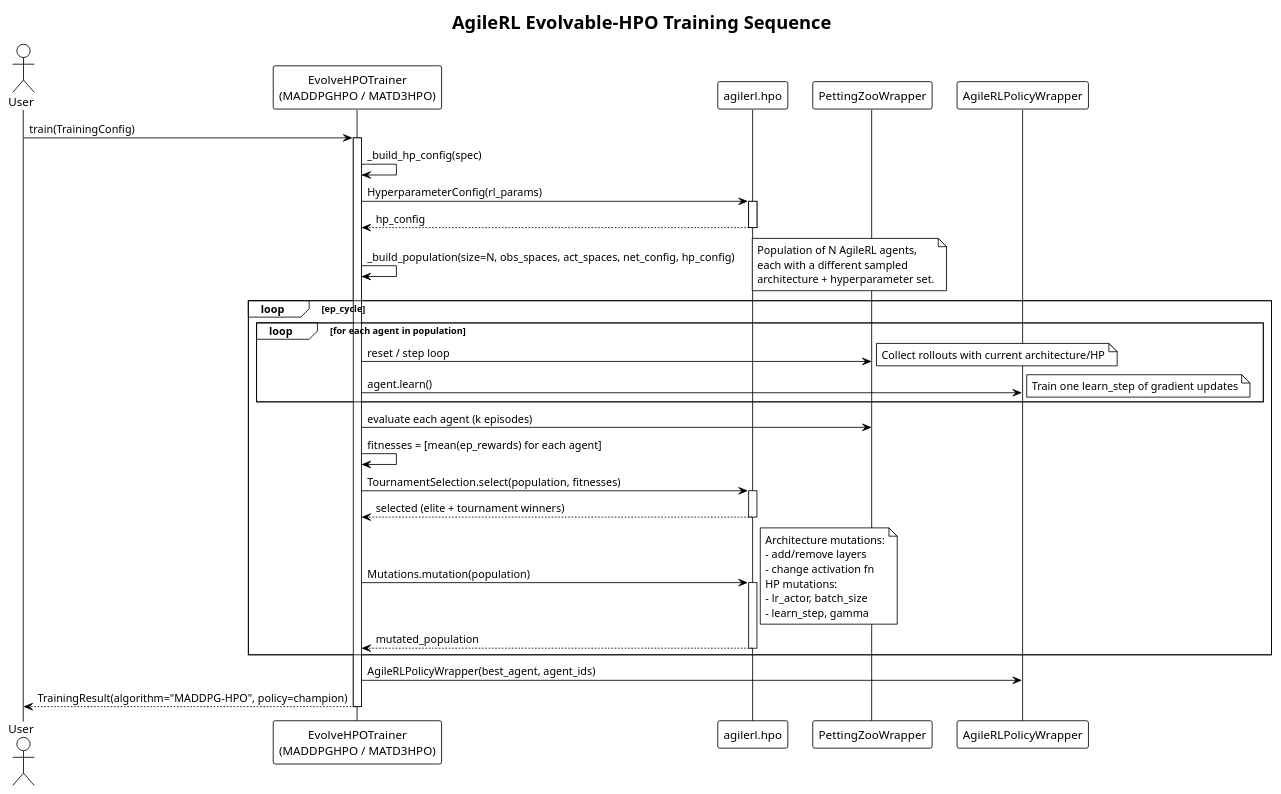
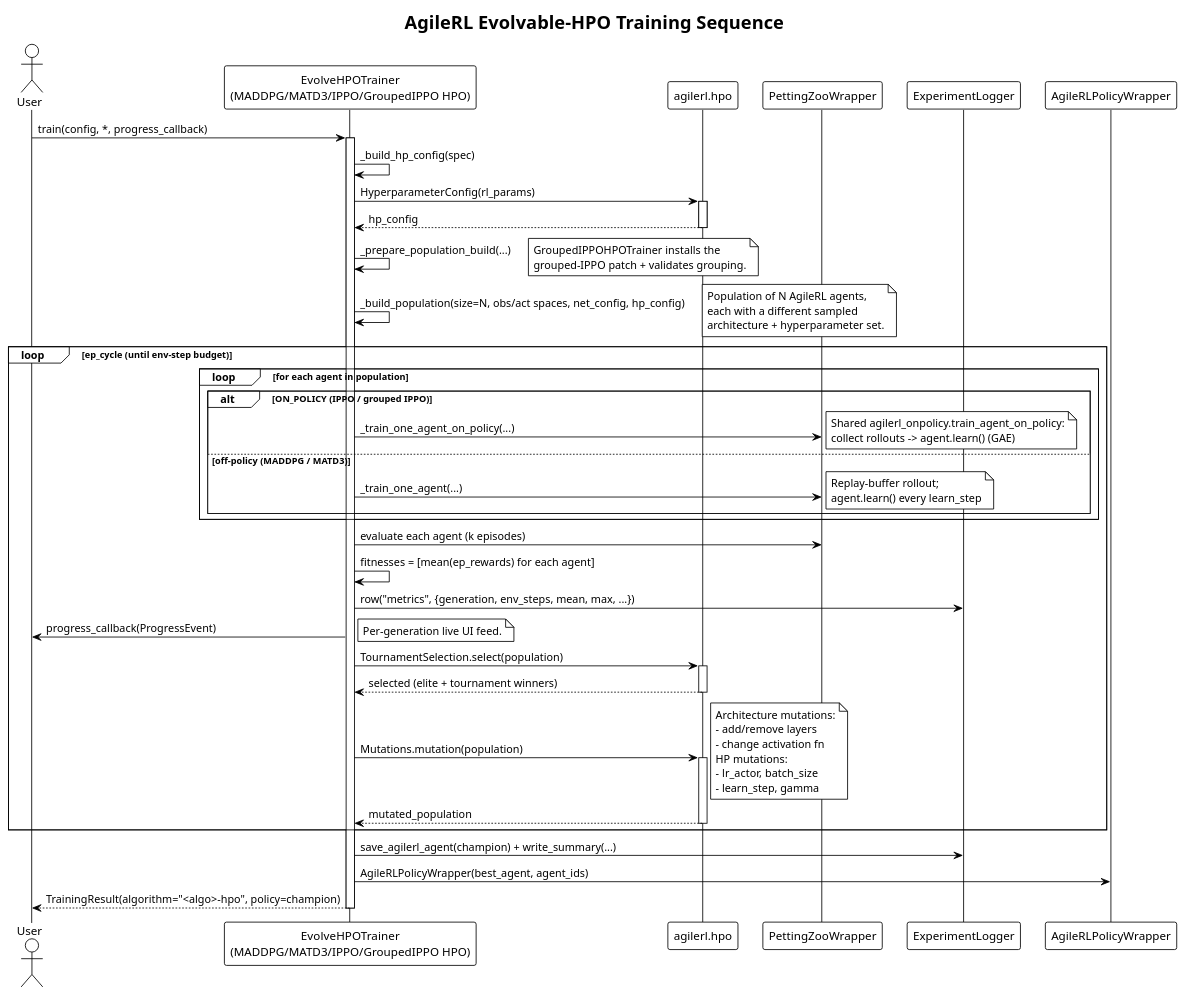
The diagram in docs/UML/sequence_agilerl_hpo_training.puml (Alex180504/DEAP-Zoo-bridge), drawn with PlantUML before and after one commit. The commit also changed 11 other files, not shown here.

```diff
--- a/docs/UML/sequence_agilerl_hpo_training.puml
+++ b/docs/UML/sequence_agilerl_hpo_training.puml
@@ -1,61 +1,71 @@
 @startuml sequence_agilerl_hpo_training
 !theme plain
 title AgileRL Evolvable-HPO Training Sequence
 
 actor User
-participant "EvolveHPOTrainer\n(MADDPGHPO / MATD3HPO)" as Trainer
+participant "EvolveHPOTrainer\n(MADDPG/MATD3/IPPO/GroupedIPPO HPO)" as Trainer
 participant "agilerl.hpo" as HPO
 participant "PettingZooWrapper" as Env
+participant "ExperimentLogger" as Log
 participant "AgileRLPolicyWrapper" as Policy
 
-User -> Trainer: train(TrainingConfig)
+User -> Trainer: train(config, *, progress_callback)
 activate Trainer
 
 Trainer -> Trainer: _build_hp_config(spec)
 Trainer -> HPO: HyperparameterConfig(rl_params)
 activate HPO
 HPO --> Trainer: hp_config
 deactivate HPO
 
-Trainer -> Trainer: _build_population(size=N, obs_spaces, act_spaces, net_config, hp_config)
+Trainer -> Trainer: _prepare_population_build(...)
+note right: GroupedIPPOHPOTrainer installs the\ngrouped-IPPO patch + validates grouping.
+Trainer -> Trainer: _build_population(size=N, obs/act spaces, net_config, hp_config)
 note right
     Population of N AgileRL agents,
     each with a different sampled
     architecture + hyperparameter set.
 end note
 
-loop ep_cycle
+loop ep_cycle (until env-step budget)
     loop for each agent in population
-        Trainer -> Env: reset / step loop
-        note right: Collect rollouts with current architecture/HP
-        Trainer -> Policy: agent.learn()
-        note right: Train one learn_step of gradient updates
+        alt ON_POLICY (IPPO / grouped IPPO)
+            Trainer -> Env: _train_one_agent_on_policy(...)
+            note right: Shared agilerl_onpolicy.train_agent_on_policy:\ncollect rollouts -> agent.learn() (GAE)
+        else off-policy (MADDPG / MATD3)
+            Trainer -> Env: _train_one_agent(...)
+            note right: Replay-buffer rollout;\nagent.learn() every learn_step
+        end
     end
 
     Trainer -> Env: evaluate each agent (k episodes)
     Trainer -> Trainer: fitnesses = [mean(ep_rewards) for each agent]
+    Trainer -> Log: row("metrics", {generation, env_steps, mean, max, ...})
+    Trainer -> User: progress_callback(ProgressEvent)
+    note right: Per-generation live UI feed.
 
-    Trainer -> HPO: TournamentSelection.select(population, fitnesses)
+    Trainer -> HPO: TournamentSelection.select(population)
     activate HPO
     HPO --> Trainer: selected (elite + tournament winners)
     deactivate HPO
 
     Trainer -> HPO: Mutations.mutation(population)
     activate HPO
     note right
         Architecture mutations:
         - add/remove layers
         - change activation fn
         HP mutations:
         - lr_actor, batch_size
         - learn_step, gamma
     end note
     HPO --> Trainer: mutated_population
     deactivate HPO
 end
 
+Trainer -> Log: save_agilerl_agent(champion) + write_summary(...)
 Trainer -> Policy: AgileRLPolicyWrapper(best_agent, agent_ids)
-Trainer --> User: TrainingResult(algorithm="MADDPG-HPO", policy=champion)
+Trainer --> User: TrainingResult(algorithm="<algo>-hpo", policy=champion)
 deactivate Trainer
 
 @enduml
```
